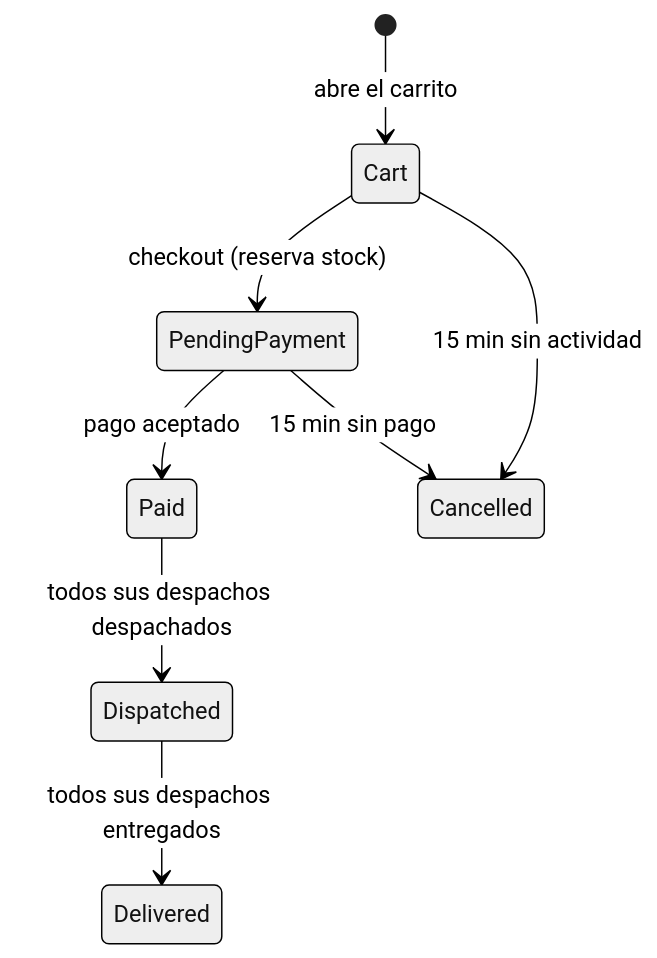
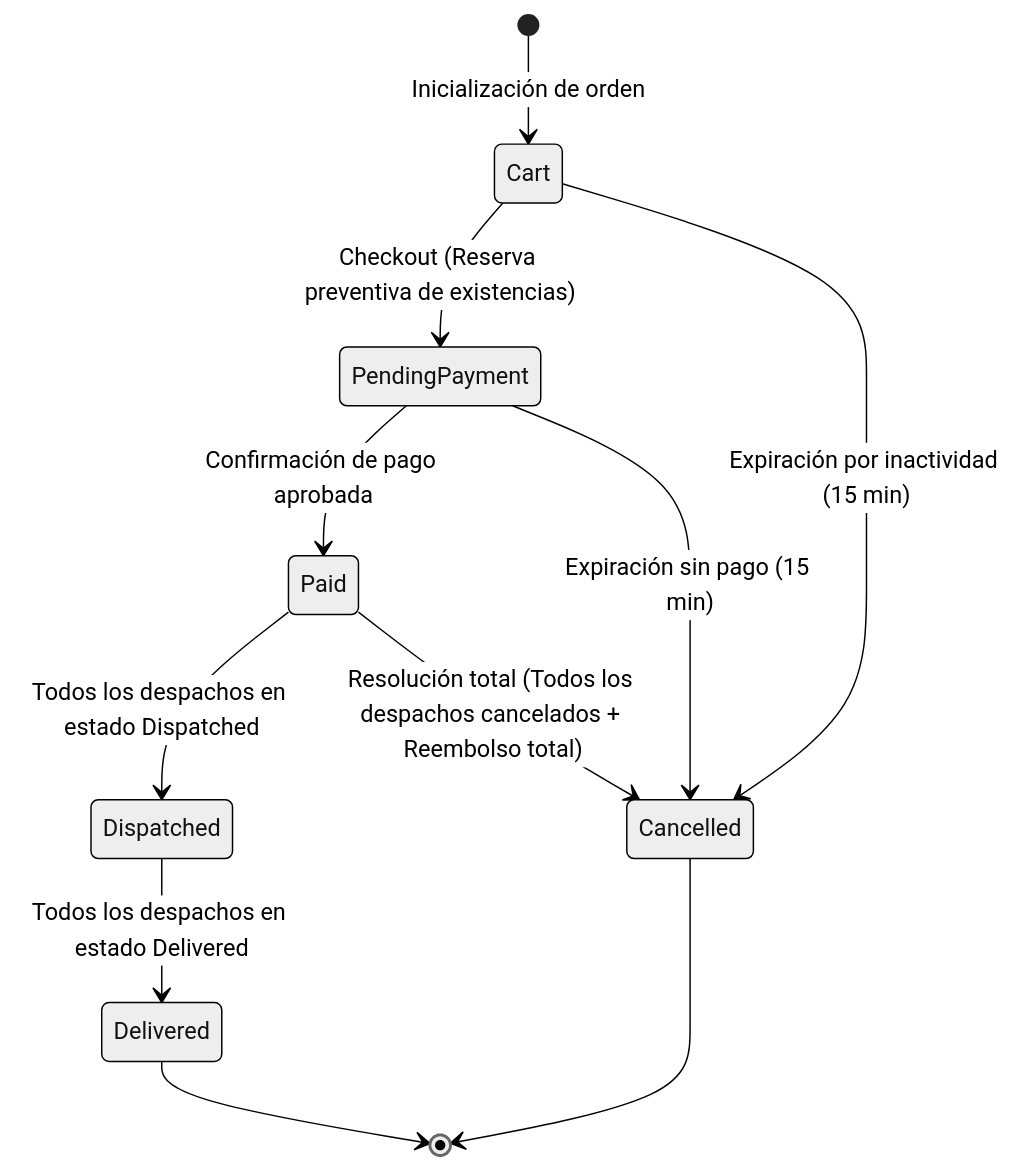
One commit to D-MachadoDev/Zentric changed the first of 6 diagrams in backendSDD/Domain/07-lifecycle.md. Above: the diagram before and after it, drawn with Mermaid (neutral theme). The commit also changed other lines of this file, not shown here.

Commit message:
docs(sdd): estandarizar maquinas de estado y ciclos de vida criticos (10/10)

````diff
--- a/backendSDD/Domain/07-lifecycle.md
+++ b/backendSDD/Domain/07-lifecycle.md
@@ -16,10 +20,13 @@
 ```mermaid
 stateDiagram-v2
-    [*] --> Cart : abre el carrito
-    Cart --> PendingPayment : checkout (reserva stock)
-    PendingPayment --> Paid : pago aceptado
-    Cart --> Cancelled : 15 min sin actividad
-    PendingPayment --> Cancelled : 15 min sin pago
-    Paid --> Dispatched : todos sus despachos despachados
-    Dispatched --> Delivered : todos sus despachos entregados
+    [*] --> Cart : Inicialización de orden
+    Cart --> PendingPayment : Checkout (Reserva preventiva de existencias)
+    Cart --> Cancelled : Expiración por inactividad (15 min)
+    PendingPayment --> Paid : Confirmación de pago aprobada
+    PendingPayment --> Cancelled : Expiración sin pago (15 min)
+    Paid --> Dispatched : Todos los despachos en estado Dispatched
+    Paid --> Cancelled : Resolución total (Todos los despachos cancelados + Reembolso total)
+    Dispatched --> Delivered : Todos los despachos en estado Delivered
+    Delivered --> [*]
+    Cancelled --> [*]
 ```
````
